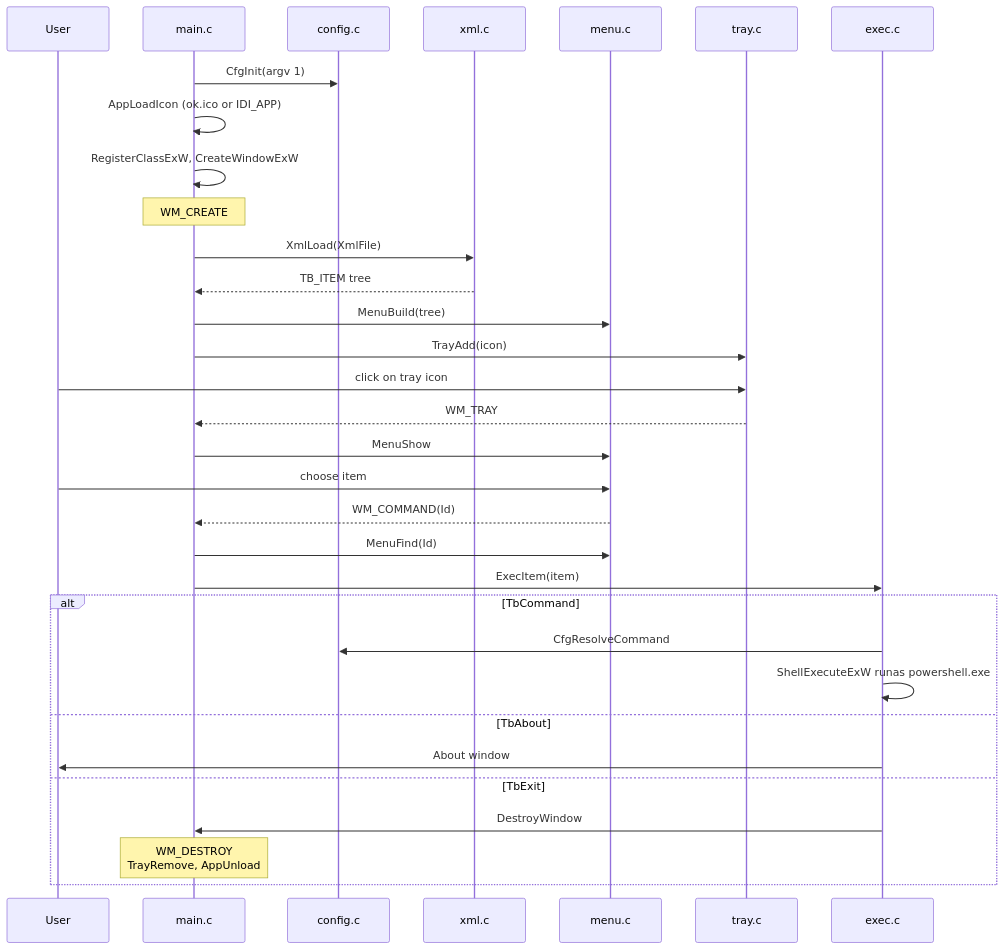
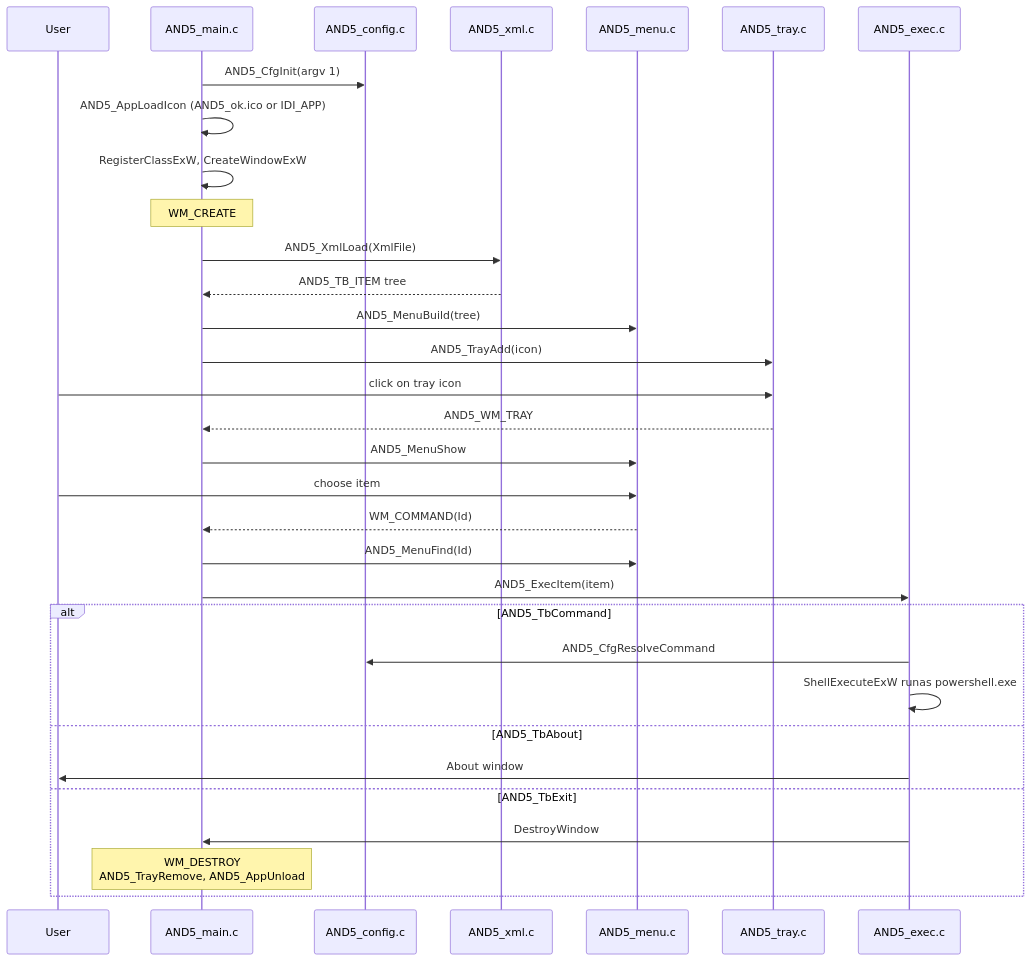
One commit to AndreyNaralchuk/AND5_Toolbar_Runner changed the second of 3 diagrams in README.md. Above: the diagram before and after it, drawn with Mermaid. The commit also changed other lines of this file and 10 other files, not shown here.

````diff
--- a/README.md
+++ b/README.md
@@ -204,35 +204,35 @@
 ```mermaid
 sequenceDiagram
     participant U as User
-    participant M as main.c
-    participant C as config.c
-    participant X as xml.c
-    participant B as menu.c
-    participant T as tray.c
-    participant E as exec.c
+    participant M as AND5_main.c
+    participant C as AND5_config.c
+    participant X as AND5_xml.c
+    participant B as AND5_menu.c
+    participant T as AND5_tray.c
+    participant E as AND5_exec.c
 
-    M->>C: CfgInit(argv 1)
-    M->>M: AppLoadIcon (ok.ico or IDI_APP)
+    M->>C: AND5_CfgInit(argv 1)
+    M->>M: AND5_AppLoadIcon (AND5_ok.ico or IDI_APP)
     M->>M: RegisterClassExW, CreateWindowExW
     Note over M: WM_CREATE
-    M->>X: XmlLoad(XmlFile)
-    X-->>M: TB_ITEM tree
-    M->>B: MenuBuild(tree)
-    M->>T: TrayAdd(icon)
+    M->>X: AND5_XmlLoad(XmlFile)
+    X-->>M: AND5_TB_ITEM tree
+    M->>B: AND5_MenuBuild(tree)
+    M->>T: AND5_TrayAdd(icon)
     U->>T: click on tray icon
-    T-->>M: WM_TRAY
-    M->>B: MenuShow
+    T-->>M: AND5_WM_TRAY
+    M->>B: AND5_MenuShow
     U->>B: choose item
     B-->>M: WM_COMMAND(Id)
-    M->>B: MenuFind(Id)
-    M->>E: ExecItem(item)
-    alt TbCommand
-        E->>C: CfgResolveCommand
+    M->>B: AND5_MenuFind(Id)
+    M->>E: AND5_ExecItem(item)
+    alt AND5_TbCommand
+        E->>C: AND5_CfgResolveCommand
         E->>E: ShellExecuteExW runas powershell.exe
-    else TbAbout
+    else AND5_TbAbout
         E->>U: About window
-    else TbExit
+    else AND5_TbExit
         E->>M: DestroyWindow
-        Note over M: WM_DESTROY<br/>TrayRemove, AppUnload
+        Note over M: WM_DESTROY<br/>AND5_TrayRemove, AND5_AppUnload
     end
 ```
````
